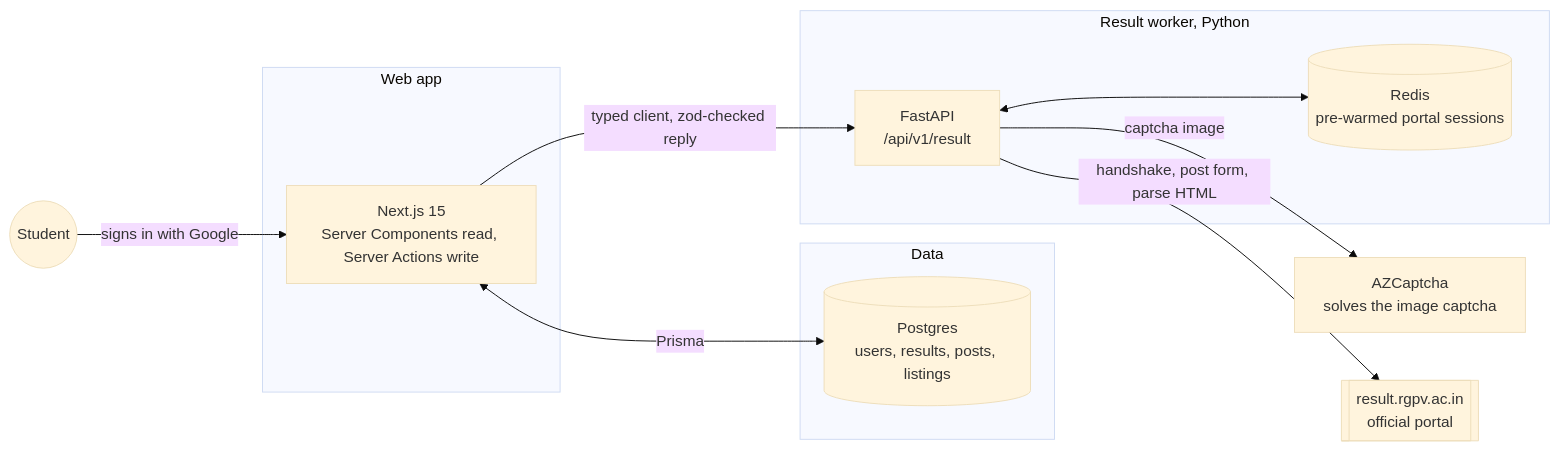
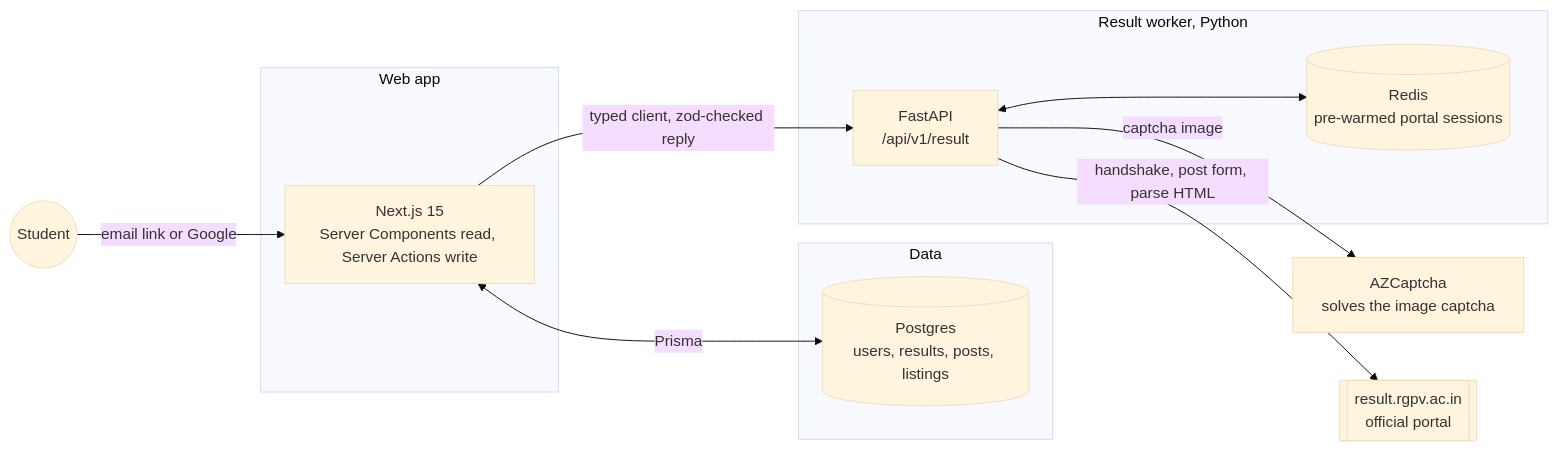
The diagram in README.md (vishalmeena2211/rgpv-connect-platform), drawn with Mermaid (base theme) before and after one commit. The commit also changed other lines of this file and 15 other files, not shown here.

````diff
--- a/README.md
+++ b/README.md
@@ -84,21 +85,21 @@
 ```mermaid
 flowchart LR
-  STUDENT(("Student")) -->|signs in with Google| WEB
+  STUDENT(("Student")) -->|email link or Google| WEB
   subgraph vercel ["Web app"]
     WEB["Next.js 15<br/>Server Components read, Server Actions write"]
   end
   subgraph data ["Data"]
     PG[("Postgres<br/>users, results, posts, listings")]
   end
   subgraph worker ["Result worker, Python"]
     API["FastAPI<br/>/api/v1/result"]
     POOL[("Redis<br/>pre-warmed portal sessions")]
   end
   CAPTCHA["AZCaptcha<br/>solves the image captcha"]
   RGPV[["result.rgpv.ac.in<br/>official portal"]]
   WEB <-->|Prisma| PG
   WEB -->|typed client, zod-checked reply| API
   API <--> POOL
   API -->|captcha image| CAPTCHA
   API -->|handshake, post form, parse HTML| RGPV
 ```
````
